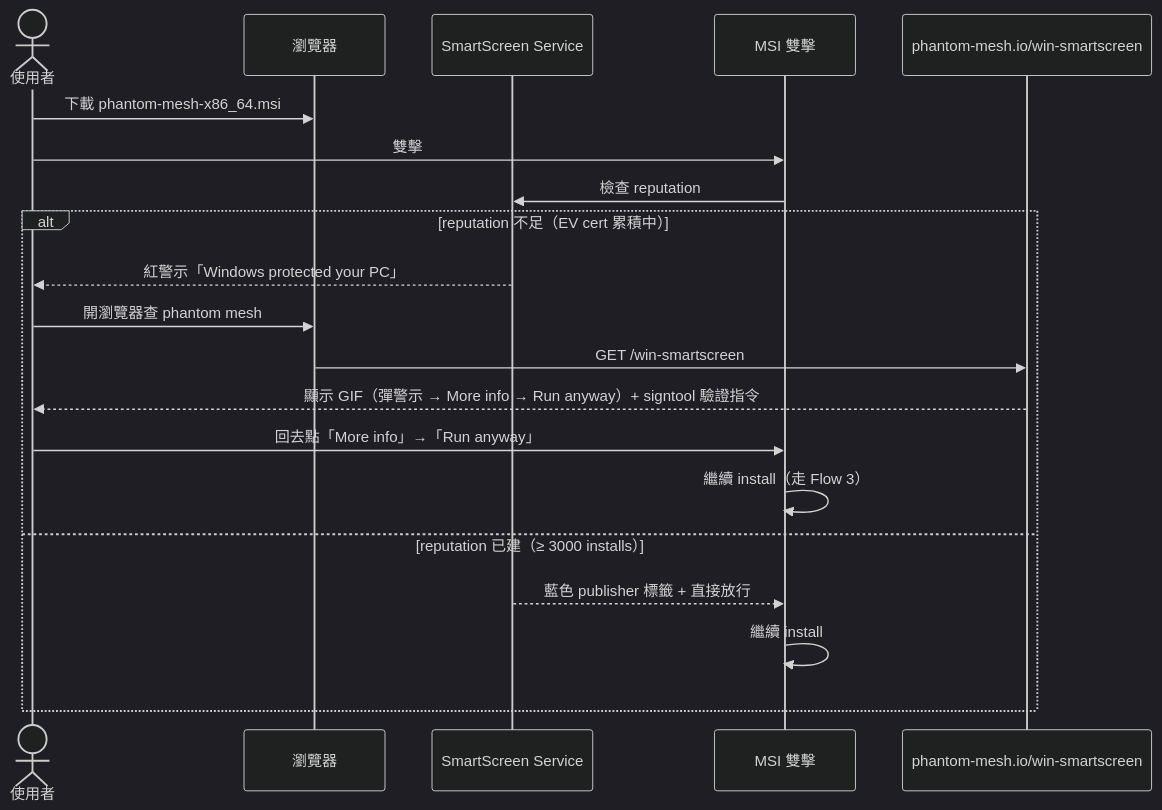
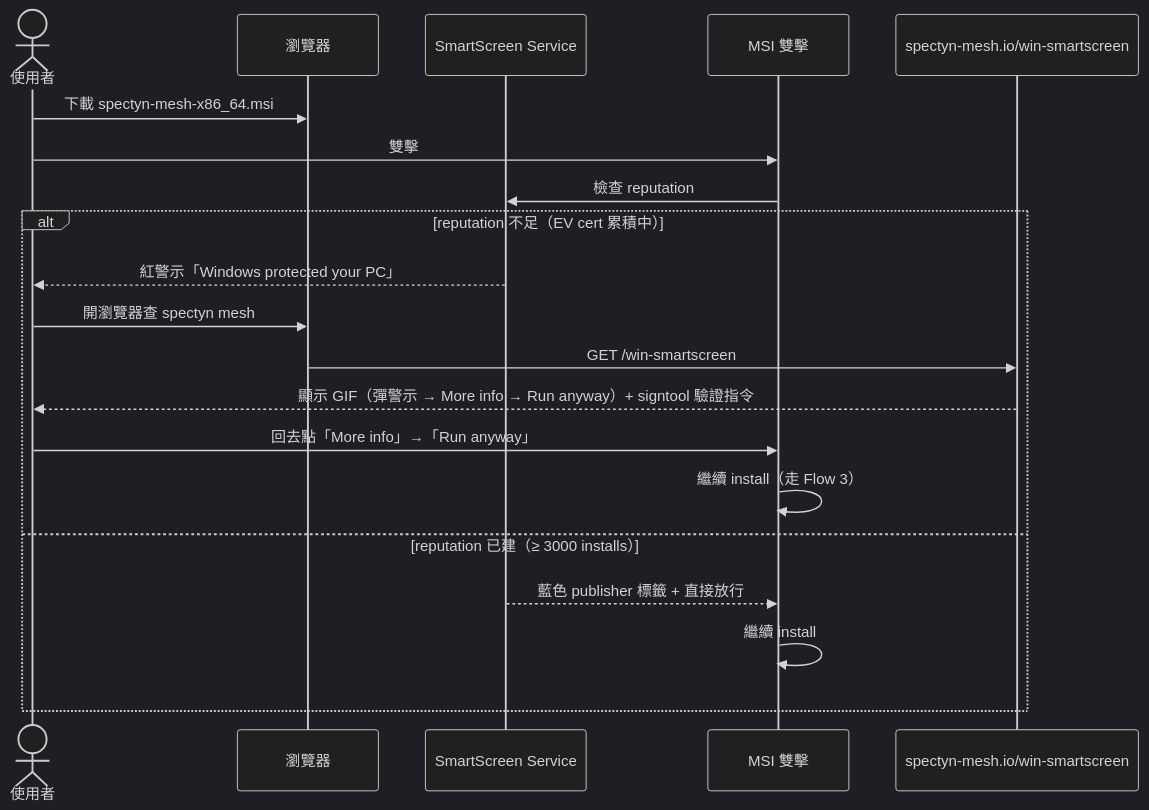
Before and after one commit to markl-a/phantom-mesh: the fifth of 7 diagrams in docs/spec/history/2026-05-30/deferred/SPEC-43-PLATFORM-Windows-screens-flows.md, drawn with Mermaid (dark theme). The commit also changed other lines of this file and 1245 other files, not shown here.

First line of the commit message:
rename: phantom -> spectyn across the public tree

````diff
--- a/docs/spec/history/2026-05-30/deferred/SPEC-43-PLATFORM-Windows-screens-flows.md
+++ b/docs/spec/history/2026-05-30/deferred/SPEC-43-PLATFORM-Windows-screens-flows.md
@@ -372,23 +372,23 @@
 ```mermaid
 sequenceDiagram
     actor User as 使用者
     participant Browser as 瀏覽器
     participant SSrv as SmartScreen Service
     participant MSI as MSI 雙擊
-    participant Land as phantom-mesh.io/win-smartscreen
+    participant Land as spectyn-mesh.io/win-smartscreen
 
-    User->>Browser: 下載 phantom-mesh-x86_64.msi
+    User->>Browser: 下載 spectyn-mesh-x86_64.msi
     User->>MSI: 雙擊
     MSI->>SSrv: 檢查 reputation
     alt reputation 不足（EV cert 累積中）
         SSrv-->>User: 紅警示「Windows protected your PC」
-        User->>Browser: 開瀏覽器查 phantom mesh
+        User->>Browser: 開瀏覽器查 spectyn mesh
         Browser->>Land: GET /win-smartscreen
         Land-->>User: 顯示 GIF（彈警示 → More info → Run anyway）+ signtool 驗證指令
         User->>MSI: 回去點「More info」→「Run anyway」
         MSI->>MSI: 繼續 install（走 Flow 3）
     else reputation 已建（≥ 3000 installs）
         SSrv-->>MSI: 藍色 publisher 標籤 + 直接放行
         MSI->>MSI: 繼續 install
     end
 ```
````
